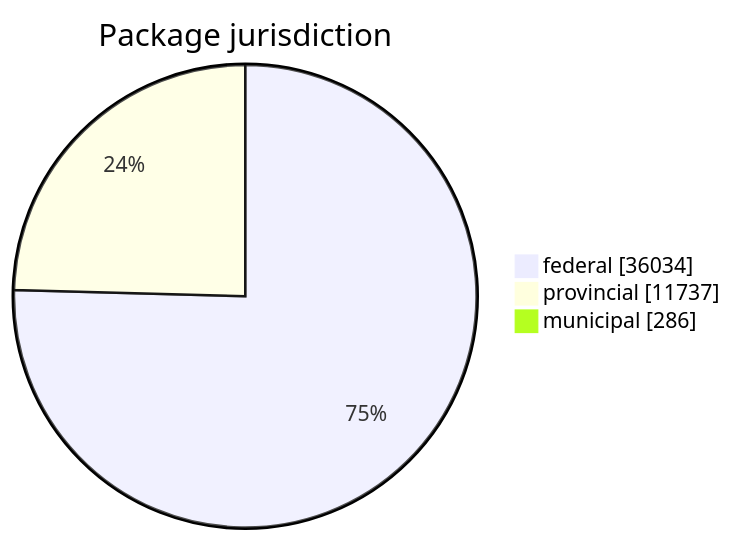
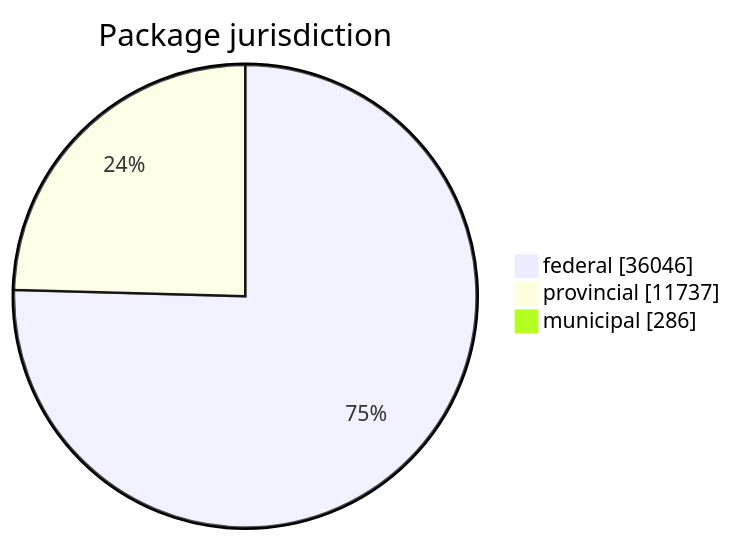
One commit to open-data/analytics-corporate-reporting changed the first of 5 diagrams in FreshCheck/README.md. Above: the diagram before and after it, drawn with Mermaid. The commit also changed other lines of this file and 3 other files, not shown here.

````diff
--- a/FreshCheck/README.md
+++ b/FreshCheck/README.md
@@ -60,6 +60,6 @@
 ```mermaid
 pie showData title Package jurisdiction
-    "federal": 36034
+    "federal": 36046
     "provincial": 11737
     "municipal": 286
 ```
````
